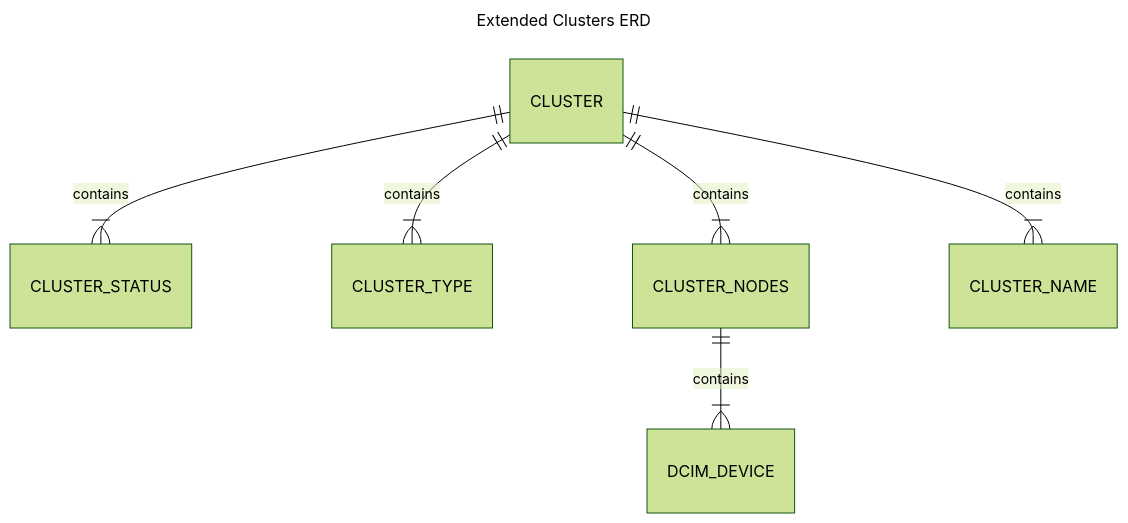
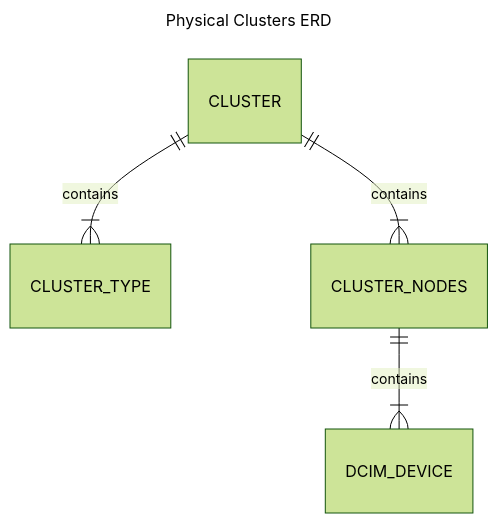
The diagram in docs/dev/design.md (sapcc/netbox-device-groups), drawn with Mermaid (forest theme) before and after one commit. The commit also changed other lines of this file and 96 other files, not shown here.

````diff
--- a/docs/dev/design.md
+++ b/docs/dev/design.md
@@ -36,11 +36,9 @@
 ```mermaid
 ---
-title: Extended Clusters ERD
+title: Physical Clusters ERD
 ---
 erDiagram
-    CLUSTER ||--|{ CLUSTER_STATUS : contains
     CLUSTER ||--|{ CLUSTER_TYPE : contains
     CLUSTER ||--|{ CLUSTER_NODES : contains
     CLUSTER_NODES ||--|{ DCIM_DEVICE : contains
-    CLUSTER ||--|{ CLUSTER_NAME : contains
 ```
````
